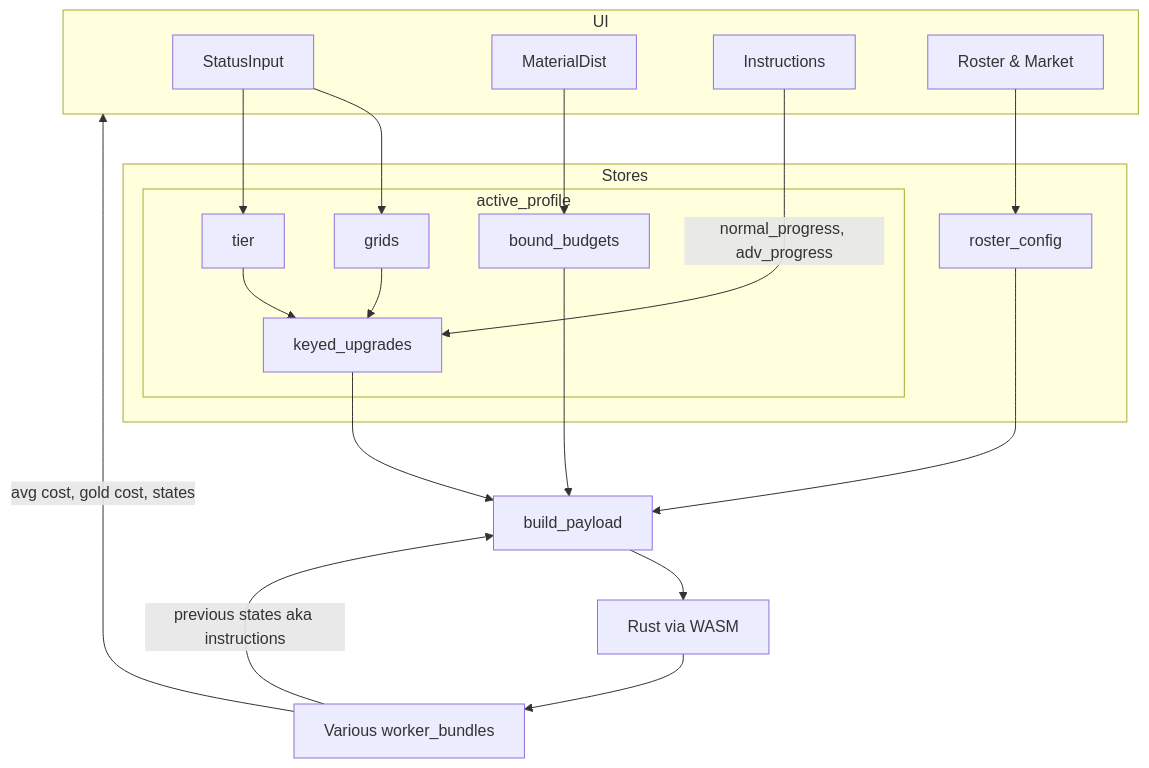
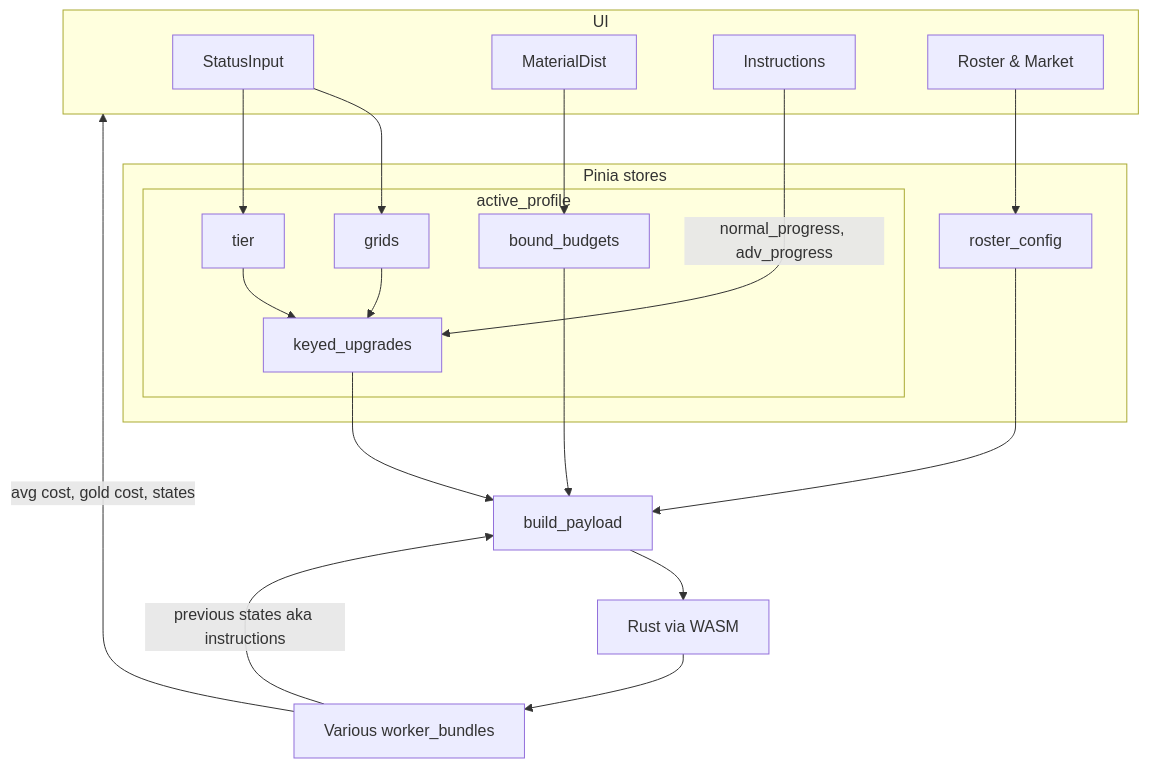
One commit to Kenivia/Honing-Forecast changed the diagram in docs/Frontend.md. Above: the diagram before and after it, drawn with Mermaid. The commit also changed other lines of this file and 4 other files, not shown here.

````diff
--- a/docs/Frontend.md
+++ b/docs/Frontend.md
@@ -5,50 +7,49 @@
 ```mermaid
 flowchart TB
-
 
 subgraph UI
 
     StatusInput;
     MaterialDist;
     Instructions;
 
     RosterPage[Roster & Market];
 end
 
 StatusInput --> grids;
 StatusInput --> tier;
 
 Instructions --> |normal_progress, adv_progress| keyed_upgrades;
 
 MaterialDist --> bound_budgets;
 RosterPage --> roster_config
 
-subgraph Stores
+subgraph Stores[Pinia stores]
 
     roster_config
     subgraph active_profile;
         keyed_upgrades;
         grids --> keyed_upgrades;
         tier --> keyed_upgrades;
         bound_budgets;
 
     end
 
 end
 
 
 WASM[Rust via WASM]
 
 keyed_upgrades --> build_payload
 bound_budgets --> build_payload
 roster_config --> build_payload
 
 
 
 build_payload --> WASM
 
 WASM --> worker_bundle[Various worker_bundles] --> |previous states aka instructions| build_payload
 
 
 worker_bundle --> |avg cost, gold cost, states| UI
 ```
````
